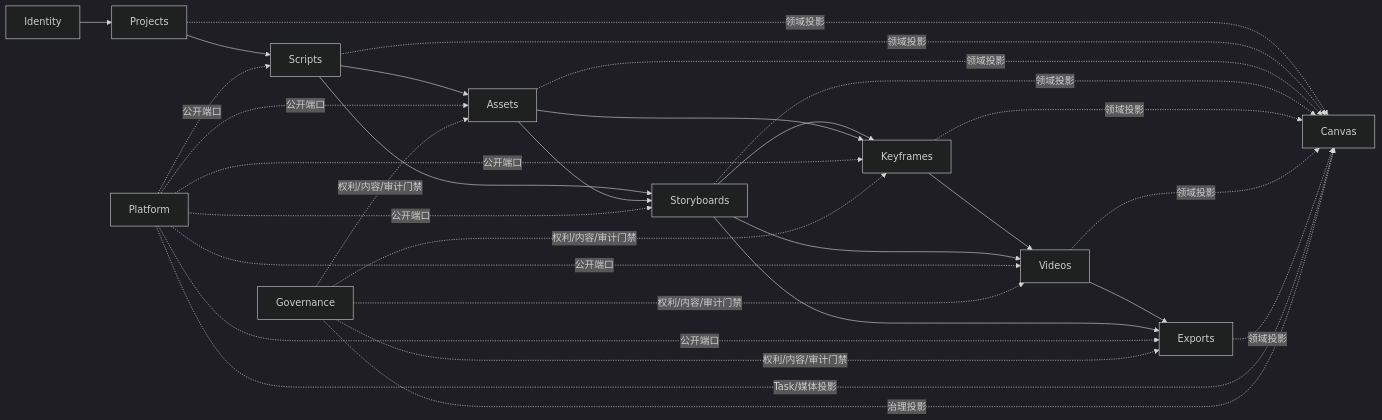
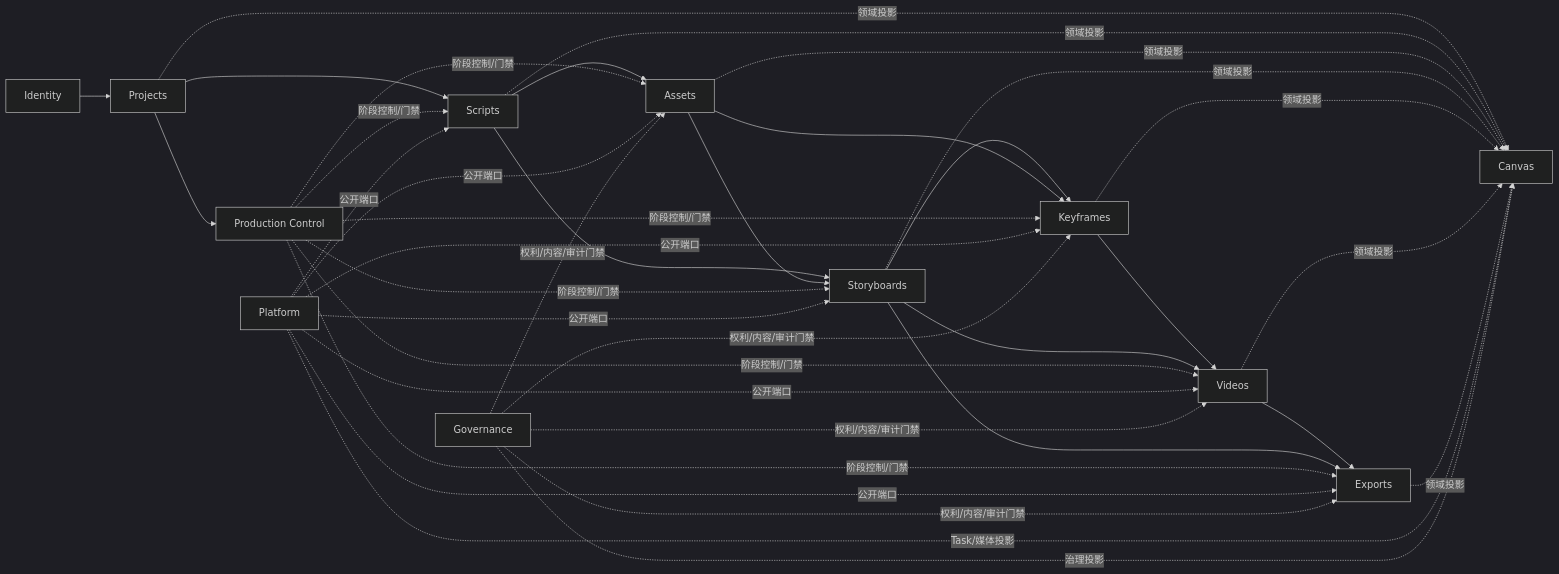
One commit to StephenQiu30/lanverse changed the first of 2 diagrams in docs/design/002-领域模块边界与跨模块契约.md. Above: the diagram before and after it, drawn with Mermaid (dark theme). The commit also changed other lines of this file and 26 other files, not shown here.

````diff
--- a/docs/design/002-领域模块边界与跨模块契约.md
+++ b/docs/design/002-领域模块边界与跨模块契约.md
@@ -49,33 +50,40 @@
 ```mermaid
 flowchart LR
     ID["Identity"] --> PRJ["Projects"]
+    PRJ --> PC["Production Control"]
     PRJ --> SCR["Scripts"]
     SCR --> AST["Assets"]
     SCR --> SBD["Storyboards"]
     AST --> SBD
     SBD --> KFR["Keyframes"]
     AST --> KFR
     KFR --> VID["Videos"]
     SBD --> VID
     VID --> EXP["Exports"]
     SBD --> EXP
+    PC -. "阶段控制/门禁" .-> SCR
+    PC -. "阶段控制/门禁" .-> AST
+    PC -. "阶段控制/门禁" .-> SBD
+    PC -. "阶段控制/门禁" .-> KFR
+    PC -. "阶段控制/门禁" .-> VID
+    PC -. "阶段控制/门禁" .-> EXP
     PRJ -. "领域投影" .-> CAN["Canvas"]
     SCR -. "领域投影" .-> CAN
     AST -. "领域投影" .-> CAN
     SBD -. "领域投影" .-> CAN
     KFR -. "领域投影" .-> CAN
     VID -. "领域投影" .-> CAN
     EXP -. "领域投影" .-> CAN
     PLT["Platform"] -. "公开端口" .-> SCR
     PLT -. "公开端口" .-> AST
     PLT -. "公开端口" .-> SBD
     PLT -. "公开端口" .-> KFR
     PLT -. "公开端口" .-> VID
     PLT -. "公开端口" .-> EXP
     PLT -. "Task/媒体投影" .-> CAN
     GOV["Governance"] -. "权利/内容/审计门禁" .-> AST
     GOV -. "权利/内容/审计门禁" .-> KFR
     GOV -. "权利/内容/审计门禁" .-> VID
     GOV -. "权利/内容/审计门禁" .-> EXP
     GOV -. "治理投影" .-> CAN
 ```
````
